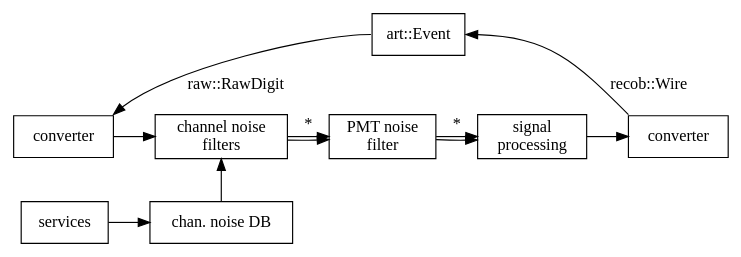
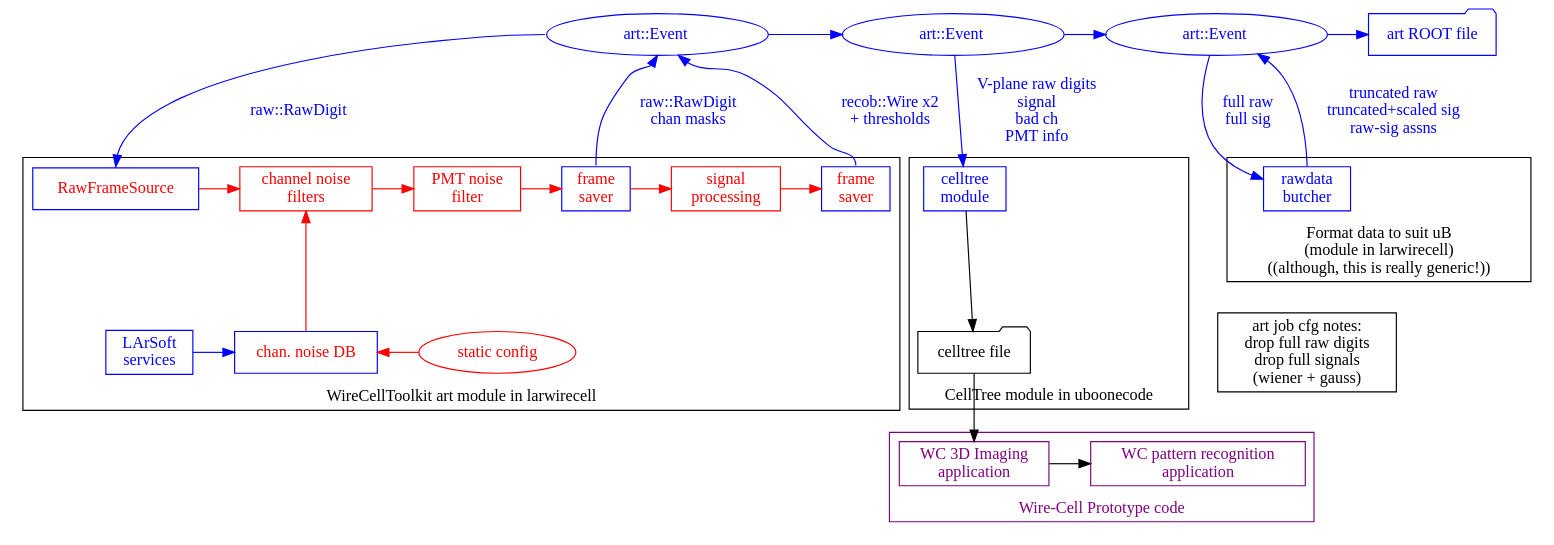
Before and after one commit to WireCell/wire-cell-docs: the diagram in manuals/figs/nfsp-chain.dot, drawn with Graphviz. The commit also changed 3 other files, not shown here.

```diff
--- a/manuals/figs/nfsp-chain.dot
+++ b/manuals/figs/nfsp-chain.dot
@@ -1,25 +1,86 @@
 digraph nfsp {
+	newrank=true;
+	compound=true;
+
+	event[label="         art::Event         ",fontname="fixed",color=blue,fontcolor=blue];
+	event2[label="         art::Event         ",fontname="fixed",color=blue,fontcolor=blue];
+	event3[label="         art::Event         ",fontname="fixed",color=blue,fontcolor=blue];
+	artfile[label="art ROOT file",color=blue,fontcolor=blue,shape=folder];
 
 	node[shape=box];
-	event[label="art::Event",fontname="fixed"];
-	input[label="converter"];
-	nfch[label="channel noise\nfilters"];
-	nfpm[label="PMT noise\nfilter"];
-	sp[label="signal\nprocessing"];
-	output[label="converter"];
 
-	{rank=same; input,nfch,nfpm,sp,output}
+	subgraph cluster_0 {
+		ndbcfg[label="static config",color=red,fontcolor=red, shape=ellipse];
 
-	svcs[label="services"];
-	chndb[label="chan. noise DB"];
+		input[label="RawFrameSource",color=blue,fontcolor=red];
+		nfch[label="channel noise\nfilters",color=red,fontcolor=red];
+		nfpm[label="PMT noise\nfilter",color=red,fontcolor=red];
+		//bcs[label="frame\nsaver",color=blue,fontcolor=red];
+		rfs[label="frame\nsaver",color=blue,fontcolor=red];
+		sp[label="signal\nprocessing",color=red,fontcolor=red];
+		cfs[label="frame\nsaver",color=blue,fontcolor=red];
 
-	{rank=same; svcs, chndb}
 
-	event:w->input:ne[label="raw::RawDigit",fontname="fixed"];
-	input->nfch->nfpm->sp->output;
-	output:nw->event:e[label="recob::Wire",fontname="fixed"];
-	nfch->nfpm[label="*"];
-	nfpm->sp[label="*"];
-	svcs->chndb;
-	nfch->chndb[dir=back];
+		svcs[label="LArSoft\nservices",color=blue,fontcolor=blue];
+		chndb[label="chan. noise DB",color=blue,fontcolor=red];
+		label="WireCellToolkit art module in larwirecell";
+		labelloc="b";		
+	}
+
+		
+	subgraph cluster_1 {
+		ctm[label="celltree\nmodule",color=blue,fontcolor=blue];
+		celltree[label="celltree file", shape=folder];
+		label="CellTree module in uboonecode"
+		labelloc="b";
+	}
+
+	subgraph cluster_2 {
+		butcher[label="rawdata\nbutcher",color=blue,fontcolor=blue];
+		label="Format data to suit uB\n(module in larwirecell)\n((although, this is really generic!))";
+		labelloc="b";
+	}
+
+	subgraph cluster_3 {
+		imaging[label="WC 3D Imaging\napplication",shape=box,color=purple,fontcolor=purple];
+		patrec[label="WC pattern recognition\napplication",shape=box,color=purple,fontcolor=purple];
+		label="Wire-Cell Prototype code";
+		color=purple;
+		fontcolor=purple;
+		labelloc="b";		
+	}
+
+	{rank=same; event, event2, event3, artfile}
+	{rank=same; input,nfch,nfpm,rfs,sp,cfs, ctm, butcher}
+
+	
+	{rank=same; svcs, chndb, ndbcfg}
+
+	{rank=same; imaging, patrec}
+	artcfg[label="art job cfg notes:\ndrop full raw digits\ndrop full signals\n(wiener + gauss)"];
+	
+
+	event->event2->event3->artfile[color=blue];
+	
+	event:w->input:n[label="raw::RawDigit",color=blue,fontcolor=blue];
+	input->nfch->nfpm->rfs->sp->cfs[color=red];
+	rfs:n->event:s[label="raw::RawDigit\nchan masks",color=blue,fontcolor=blue];
+
+	cfs:n->event:se[label="recob::Wire x2\n+ thresholds",color=blue,fontcolor=blue];
+	
+	svcs->chndb[color=blue];
+	nfch->chndb[dir=back,color=red];
+	chndb->ndbcfg[dir=back,color=red];
+	
+	event2->ctm[label="V-plane raw digits\n signal\nbad ch\nPMT info",color=blue,fontcolor=blue]
+	ctm->celltree;
+	
+	event3->butcher[label=" full raw\nfull sig",color=blue,fontcolor=blue];
+	butcher->event3[label=" truncated raw\ntruncated+scaled sig\n raw-sig assns",color=blue,fontcolor=blue];
+
+	butcher->artcfg[style=invis];
+	
+	celltree->imaging->patrec;
+	
+
 }
```
